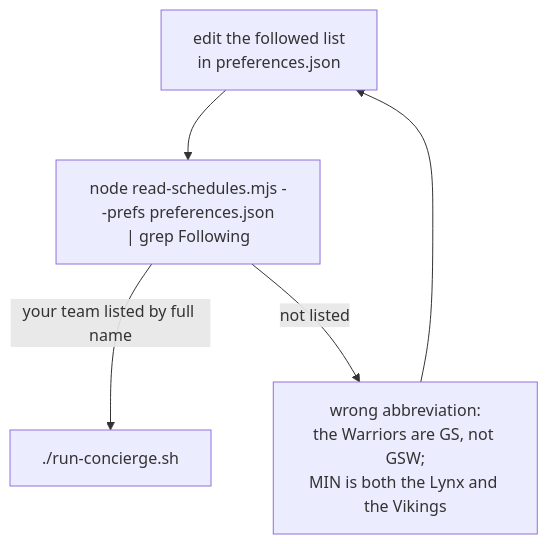
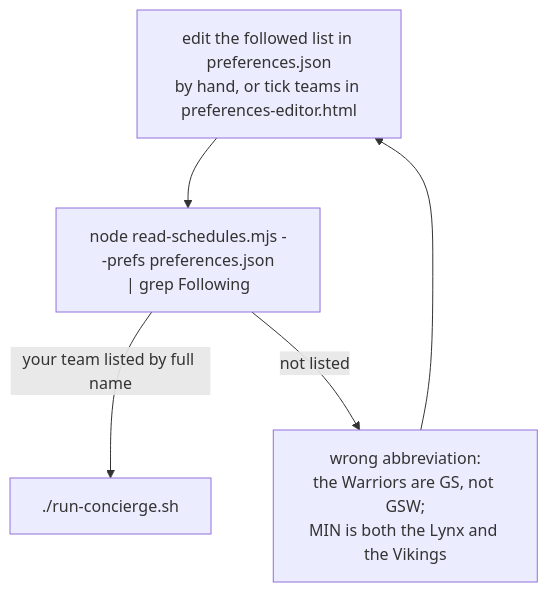
The third of 3 diagrams in TECHNICAL.md (ismayc/never-miss-a-game), drawn with Mermaid before and after one commit. The commit also changed other lines of this file and 5 other files, not shown here.

First line of the commit message:
Docs: the preferences form named wherever preferences.json is discussed

````diff
--- a/TECHNICAL.md
+++ b/TECHNICAL.md
@@ -72,8 +74,8 @@
 ```mermaid
 %%{init: {"flowchart": {"nodeSpacing": 40, "rankSpacing": 70, "padding": 16}}}%%
 flowchart TD
-    E["edit the followed list<br/>in preferences.json"] --> C["node read-schedules.mjs --prefs preferences.json<br/>| grep Following"]
+    E["edit the followed list in preferences.json<br/>by hand, or tick teams in preferences-editor.html"] --> C["node read-schedules.mjs --prefs preferences.json<br/>| grep Following"]
     C -- "your team listed by full name" --> R["./run-concierge.sh"]
     C -- "not listed" --> W["wrong abbreviation:<br/>the Warriors are GS, not GSW;<br/>MIN is both the Lynx and the Vikings"]
     W --> E
 ```
````
